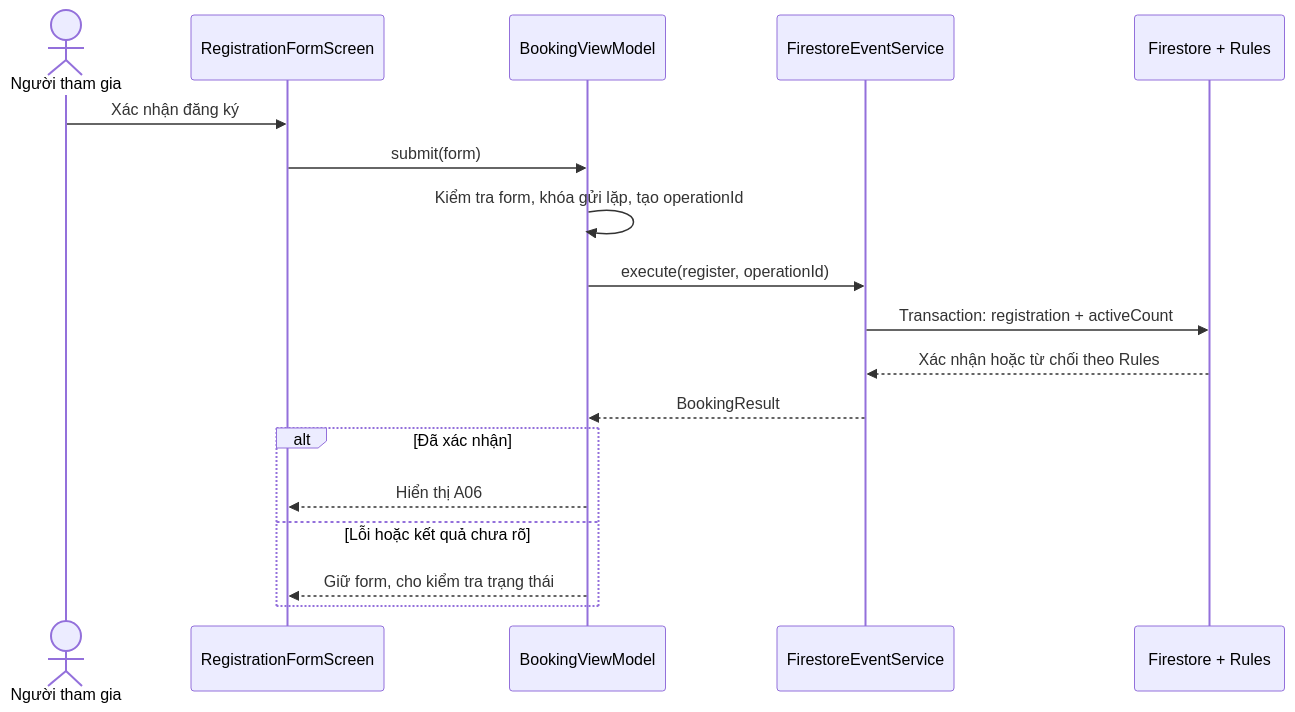
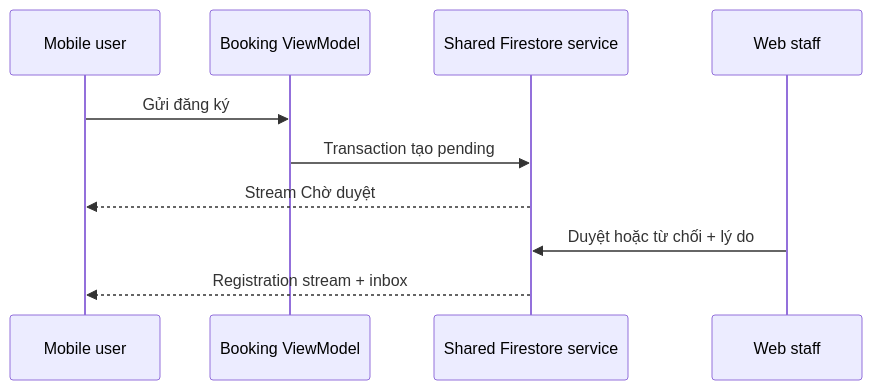
The second of 2 diagrams in docs/architecture.md (Artoriaaas/PRM393_ASM_Group4), drawn with Mermaid before and after one commit. The commit also changed other lines of this file and 36 other files, not shown here.

````diff
--- a/docs/architecture.md
+++ b/docs/architecture.md
@@ -64,20 +36,12 @@
 ```mermaid
 sequenceDiagram
-  actor User as Người tham gia
-  participant UI as RegistrationFormScreen
-  participant VM as BookingViewModel
-  participant Service as FirestoreEventService
-  participant DB as Firestore + Rules
-  User->>UI: Xác nhận đăng ký
-  UI->>VM: submit(form)
-  VM->>VM: Kiểm tra form, khóa gửi lặp, tạo operationId
-  VM->>Service: execute(register, operationId)
-  Service->>DB: Transaction: registration + activeCount
-  DB-->>Service: Xác nhận hoặc từ chối theo Rules
-  Service-->>VM: BookingResult
-  alt Đã xác nhận
-    VM-->>UI: Hiển thị A06
-  else Lỗi hoặc kết quả chưa rõ
-    VM-->>UI: Giữ form, cho kiểm tra trạng thái
-  end
+  participant U as Mobile user
+  participant V as Booking ViewModel
+  participant F as Shared Firestore service
+  participant W as Web staff
+  U->>V: Gửi đăng ký
+  V->>F: Transaction tạo pending
+  F-->>U: Stream Chờ duyệt
+  W->>F: Duyệt hoặc từ chối + lý do
+  F-->>U: Registration stream + inbox
 ```
````
